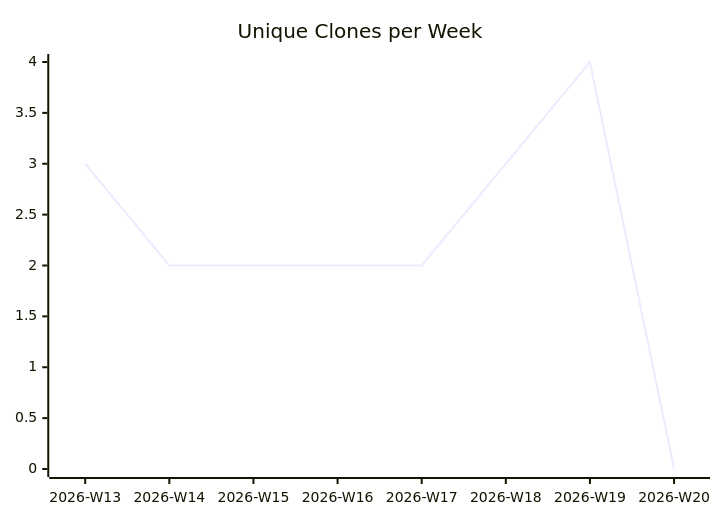
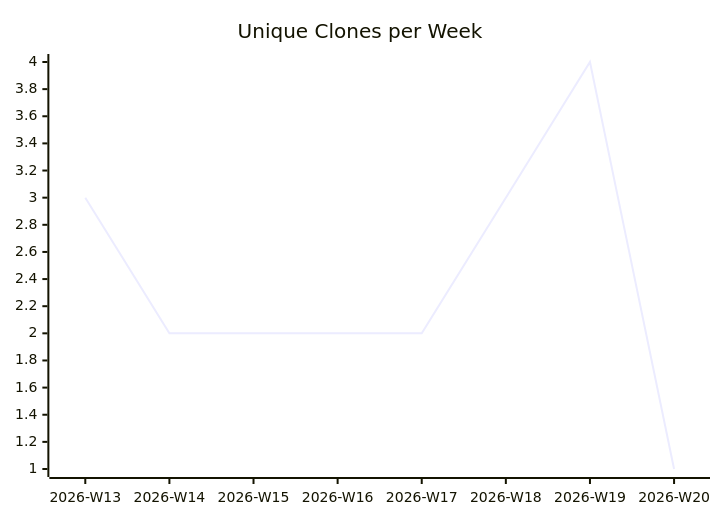
Before and after one commit to justdavis-family/github-analytics-data: the third of 3 diagrams in karlmdavis/can-i-kayak-baltimore/README.md, drawn with Mermaid. The commit also changed other lines of this file and 192 other files, not shown here.

````diff
--- a/karlmdavis/can-i-kayak-baltimore/README.md
+++ b/karlmdavis/can-i-kayak-baltimore/README.md
@@ -19,6 +19,6 @@
 ```mermaid
 xychart-beta
   title "Unique Clones per Week"
   x-axis ["2026-W13", "2026-W14", "2026-W15", "2026-W16", "2026-W17", "2026-W18", "2026-W19", "2026-W20"]
-  line [3, 2, 2, 2, 2, 3, 4, 0]
+  line [3, 2, 2, 2, 2, 3, 4, 1]
 ```
````
